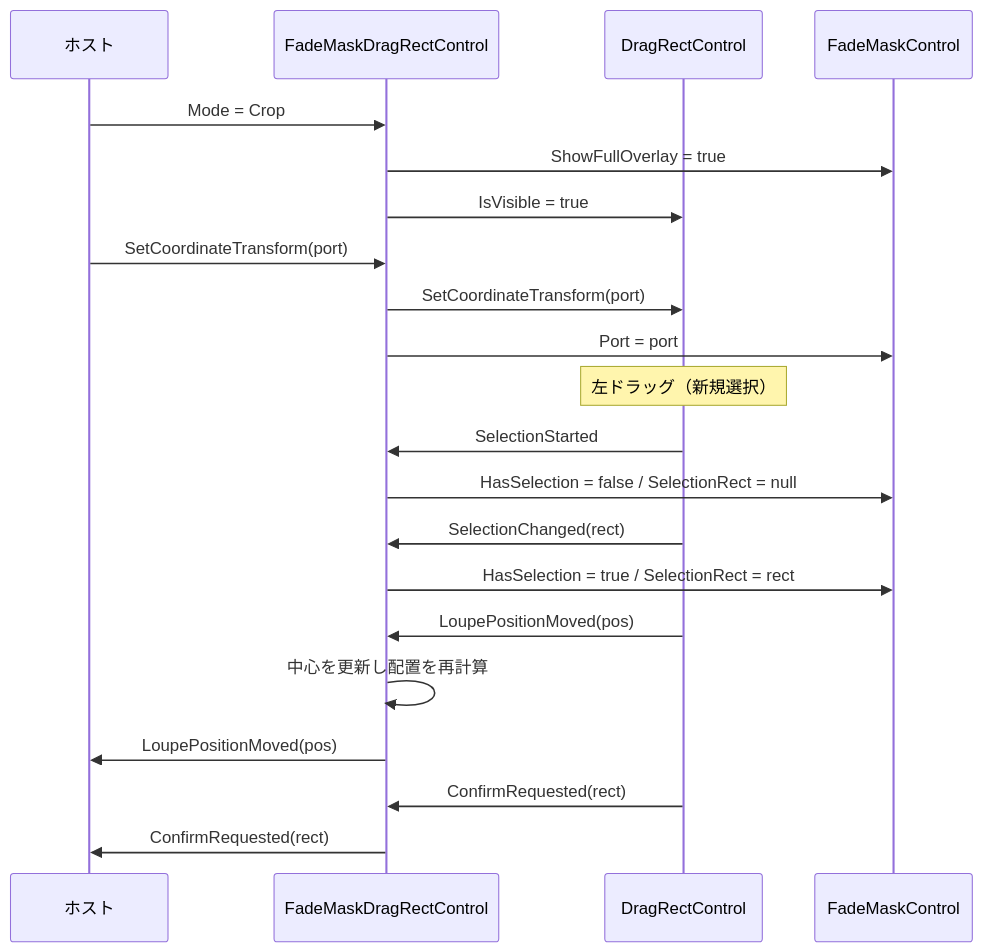
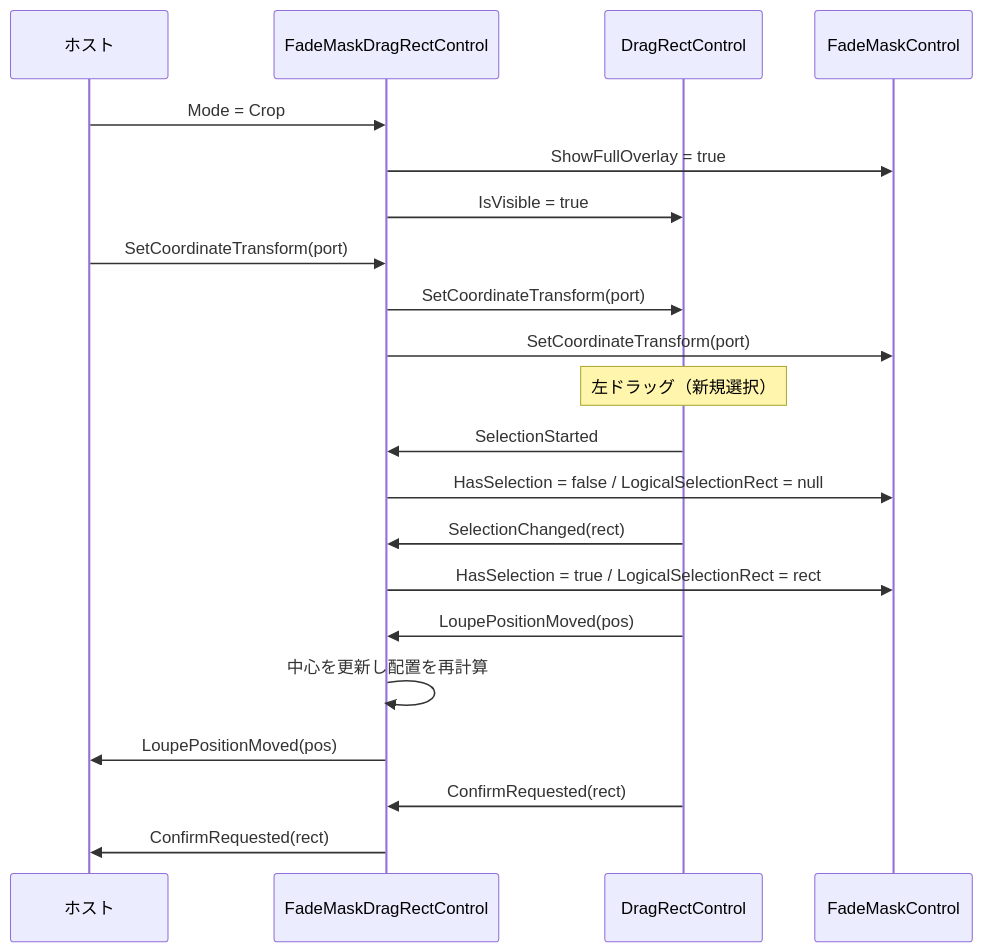
One commit to tomokuni/SaveEvidence changed the second of 4 diagrams in src/FadeMaskDragRectControl.MewUI/SPEC_System.md. Above: the diagram before and after it, drawn with Mermaid. The commit also changed other lines of this file and 34 other files, not shown here.

````diff
--- a/src/FadeMaskDragRectControl.MewUI/SPEC_System.md
+++ b/src/FadeMaskDragRectControl.MewUI/SPEC_System.md
@@ -179,24 +179,24 @@
 ```mermaid
 sequenceDiagram
     participant Host as ホスト
     participant Facade as FadeMaskDragRectControl
     participant Drag as DragRectControl
     participant Overlay as FadeMaskControl
 
     Host->>Facade: Mode = Crop
     Facade->>Overlay: ShowFullOverlay = true
     Facade->>Drag: IsVisible = true
     Host->>Facade: SetCoordinateTransform(port)
     Facade->>Drag: SetCoordinateTransform(port)
-    Facade->>Overlay: Port = port
+    Facade->>Overlay: SetCoordinateTransform(port)
     Note over Drag: 左ドラッグ（新規選択）
     Drag->>Facade: SelectionStarted
-    Facade->>Overlay: HasSelection = false / SelectionRect = null
+    Facade->>Overlay: HasSelection = false / LogicalSelectionRect = null
     Drag->>Facade: SelectionChanged(rect)
-    Facade->>Overlay: HasSelection = true / SelectionRect = rect
+    Facade->>Overlay: HasSelection = true / LogicalSelectionRect = rect
     Drag->>Facade: LoupePositionMoved(pos)
     Facade->>Facade: 中心を更新し配置を再計算
     Facade->>Host: LoupePositionMoved(pos)
     Drag->>Facade: ConfirmRequested(rect)
     Facade->>Host: ConfirmRequested(rect)
 ```
````
